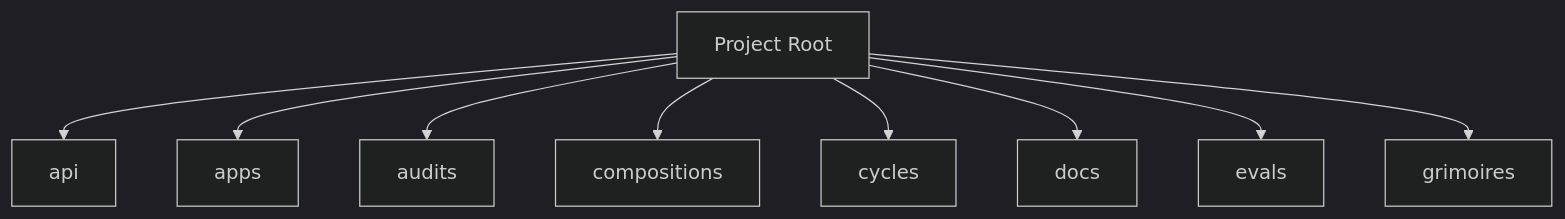
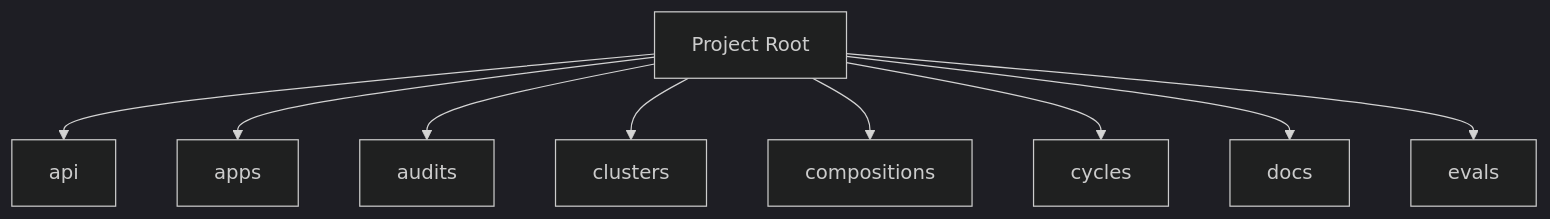
One commit to 0xHoneyJar/loa-constructs changed the diagram in BUTTERFREEZONE.md. Above: the diagram before and after it, drawn with Mermaid (dark theme). The commit also changed other lines of this file and 474 other files, not shown here.

````diff
--- a/BUTTERFREEZONE.md
+++ b/BUTTERFREEZONE.md
@@ -59,20 +59,20 @@
 ```mermaid
 graph TD
     api[api]
     apps[apps]
     audits[audits]
+    clusters[clusters]
     compositions[compositions]
     cycles[cycles]
     docs[docs]
     evals[evals]
-    grimoires[grimoires]
     Root[Project Root]
     Root --> api
     Root --> apps
     Root --> audits
+    Root --> clusters
     Root --> compositions
     Root --> cycles
     Root --> docs
     Root --> evals
-    Root --> grimoires
 ```
````
